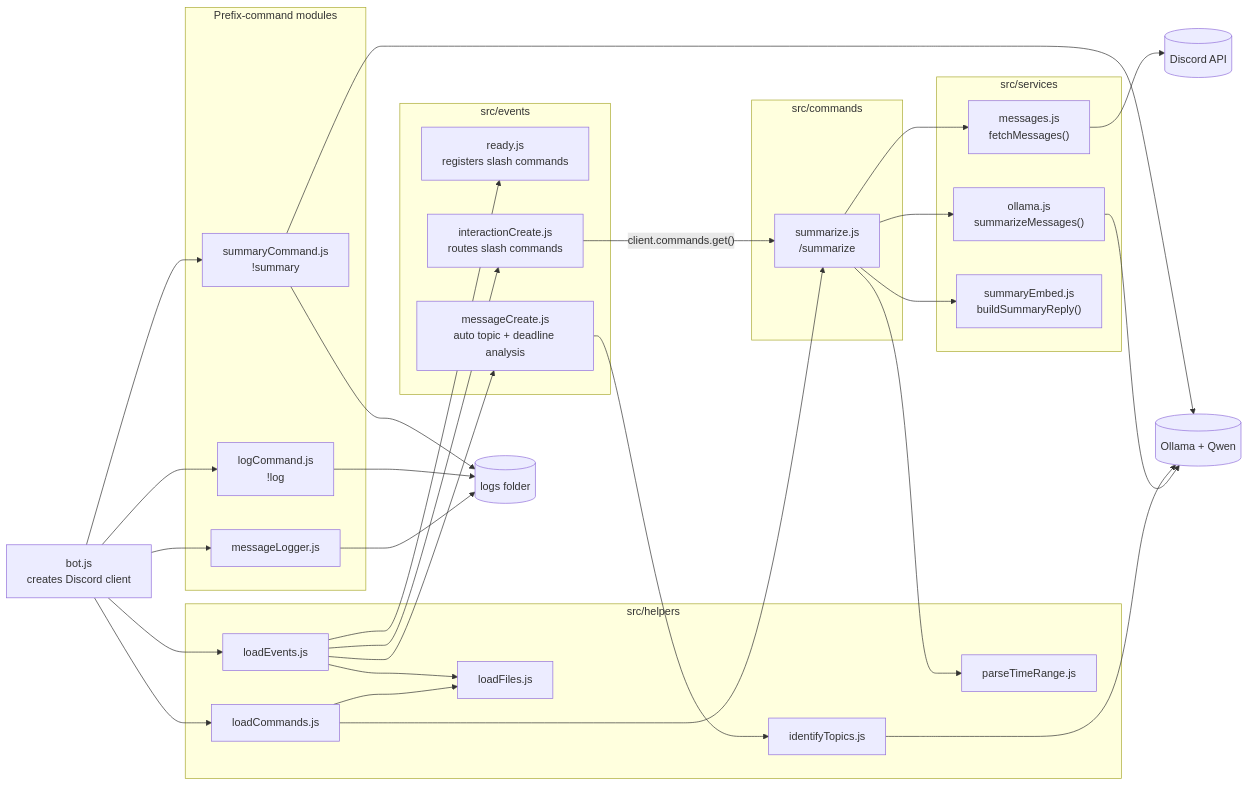
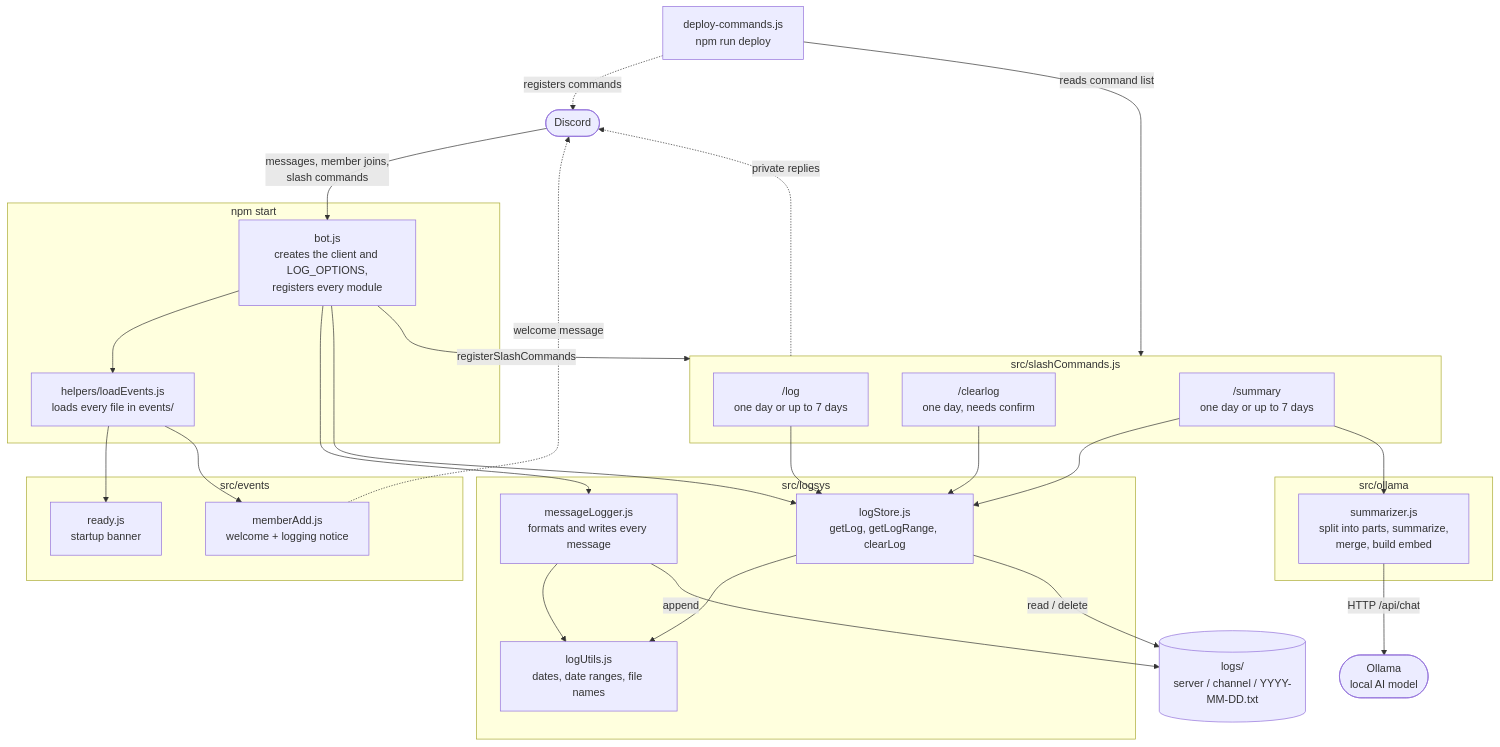
One commit to CSS360-2026-Au-E/Group-3-Archive changed the diagram in ARCHITECTURE.md. Above: the diagram before and after it, drawn with Mermaid. The commit also changed other lines of this file and 48 other files, not shown here.

Commit message:
Archive bot ollama and text logging system merge.

````diff
--- a/ARCHITECTURE.md
+++ b/ARCHITECTURE.md
@@ -21,63 +3,66 @@
 ```mermaid
-flowchart LR
-  bot["bot.js<br/>creates Discord client"]
-
-  subgraph helpers["src/helpers"]
-    lc["loadCommands.js"]
-    le["loadEvents.js"]
-    lf["loadFiles.js"]
-    ptr["parseTimeRange.js"]
-    it["identifyTopics.js"]
-  end
-
-  subgraph events["src/events"]
-    ready["ready.js<br/>registers slash commands"]
-    ic["interactionCreate.js<br/>routes slash commands"]
-    mc["messageCreate.js<br/>auto topic + deadline analysis"]
-  end
-
-  subgraph commands["src/commands"]
-    sum["summarize.js<br/>/summarize"]
-  end
-
-  subgraph services["src/services"]
-    msg["messages.js<br/>fetchMessages()"]
-    oll["ollama.js<br/>summarizeMessages()"]
-    emb["summaryEmbed.js<br/>buildSummaryReply()"]
-  end
-
-  subgraph prefixmods["Prefix-command modules"]
-    ml["messageLogger.js"]
-    log["logCommand.js<br/>!log"]
-    sc["summaryCommand.js<br/>!summary"]
-  end
-
-  discord[("Discord API")]
-  ollama[("Ollama + Qwen")]
-  logs[("logs folder")]
-
-  bot --> lc
-  bot --> le
-  bot --> ml
-  bot --> log
-  bot --> sc
-  lc --> lf
-  le --> lf
-  lc --> sum
-  le --> ready
-  le --> ic
-  le --> mc
-  ic -->|"client.commands.get()"| sum
-  sum --> ptr
-  sum --> msg
-  sum --> oll
-  sum --> emb
-  msg --> discord
-  oll --> ollama
-  mc --> it
-  it --> ollama
-  sc --> ollama
-  ml --> logs
-  log --> logs
-  sc --> logs
+flowchart TB
+    DISCORD(["Discord"])
+ 
+    subgraph START["npm start"]
+        BOT["bot.js<br/>creates the client and LOG_OPTIONS,<br/>registers every module"]
+        LOADER["helpers/loadEvents.js<br/>loads every file in events/"]
+    end
+ 
+    subgraph EVENTS["src/events"]
+        READY["ready.js<br/>startup banner"]
+        MEMBER["memberAdd.js<br/>welcome + logging notice"]
+    end
+ 
+    subgraph CMDS["src/slashCommands.js"]
+        LOGC["/log<br/>one day or up to 7 days"]
+        CLEAR["/clearlog<br/>one day, needs confirm"]
+        SUM["/summary<br/>one day or up to 7 days"]
+    end
+ 
+    subgraph LOGSYS["src/logsys"]
+        ML["messageLogger.js<br/>formats and writes every message"]
+        LS["logStore.js<br/>getLog, getLogRange, clearLog"]
+        LU["logUtils.js<br/>dates, date ranges, file names"]
+    end
+ 
+    subgraph AI["src/ollama"]
+        SZ["summarizer.js<br/>split into parts, summarize,<br/>merge, build embed"]
+    end
+ 
+    FILES[("logs/<br/>server / channel / YYYY-MM-DD.txt")]
+    OLLAMA(["Ollama<br/>local AI model"])
+    DEPLOY["deploy-commands.js<br/>npm run deploy"]
+ 
+    %% Startup wiring
+    DISCORD -- "messages, member joins,<br/>slash commands" --> BOT
+    BOT --> LOADER
+    LOADER --> READY
+    LOADER --> MEMBER
+    BOT --> ML
+    BOT --> LS
+    BOT -- "registerSlashCommands" --> CMDS
+ 
+    %% Logging: writing
+    ML --> LU
+    ML -- "append" --> FILES
+ 
+    %% Logging: reading and clearing
+    LOGC --> LS
+    CLEAR --> LS
+    SUM --> LS
+    LS --> LU
+    LS -- "read / delete" --> FILES
+ 
+    %% Summaries
+    SUM --> SZ
+    SZ -- "HTTP /api/chat" --> OLLAMA
+ 
+    %% Replies back to Discord
+    CMDS -. "private replies" .-> DISCORD
+    MEMBER -. "welcome message" .-> DISCORD
+ 
+    %% Registering commands (separate script)
+    DEPLOY -- "reads command list" --> CMDS
+    DEPLOY -. "registers commands" .-> DISCORD
 ```
````
